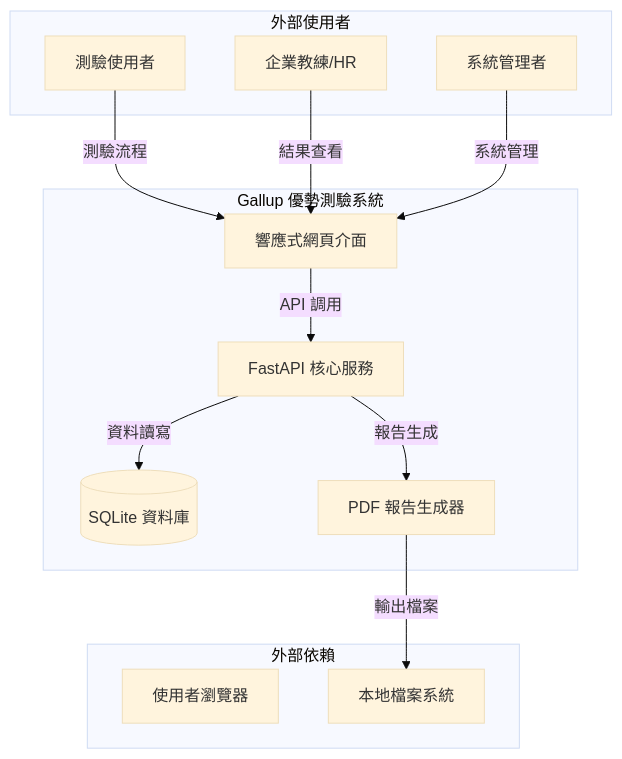
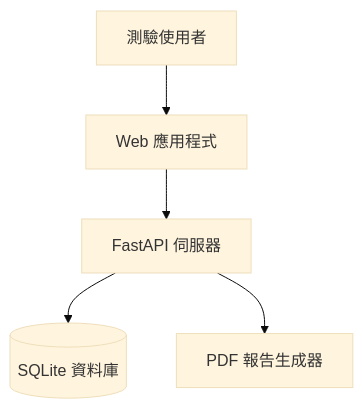
The first of 2 diagrams in docs/ARCHITECTURE.md (Zenobia000/gallup-strengths-assessment), drawn with Mermaid (base theme) before and after one commit. The commit also changed other lines of this file and 4 other files, not shown here.

````diff
--- a/docs/ARCHITECTURE.md
+++ b/docs/ARCHITECTURE.md
@@ -41,29 +40,7 @@
 ```mermaid
 graph TD
-    subgraph "外部使用者"
-        User[測驗使用者]
-        Coach[企業教練/HR]
-        Admin[系統管理者]
-    end
-
-    subgraph "Gallup 優勢測驗系統"
-        WebUI[響應式網頁介面]
-        API[FastAPI 核心服務]
-        DB[(SQLite 資料庫)]
-        PDFGen[PDF 報告生成器]
-    end
-
-    subgraph "外部依賴"
-        Browser[使用者瀏覽器]
-        FileSystem[本地檔案系統]
-    end
-
-    User -->|測驗流程| WebUI
-    Coach -->|結果查看| WebUI
-    Admin -->|系統管理| WebUI
-
-    WebUI -->|API 調用| API
-    API -->|資料讀寫| DB
-    API -->|報告生成| PDFGen
-    PDFGen -->|輸出檔案| FileSystem
+    User[測驗使用者] --> WebApp[Web 應用程式]
+    WebApp --> APIServer[FastAPI 伺服器]
+    APIServer --> SQLite[(SQLite 資料庫)]
+    APIServer --> PDFGen[PDF 報告生成器]
 ```
````
